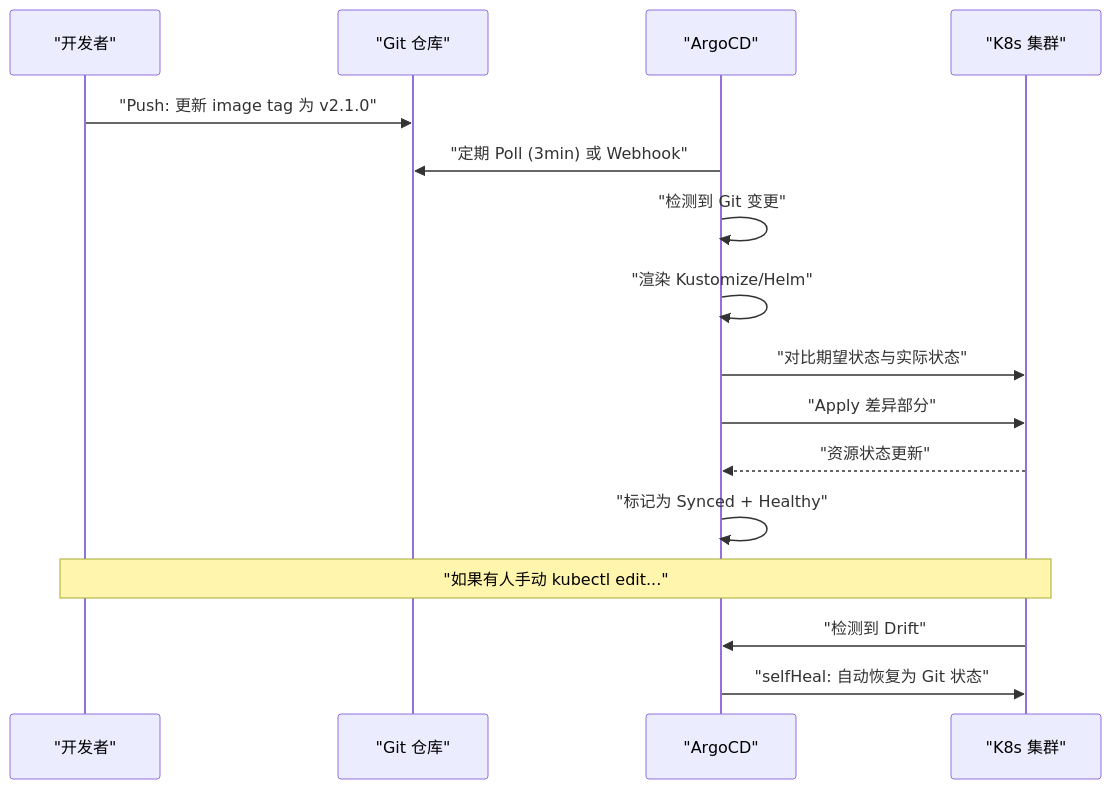
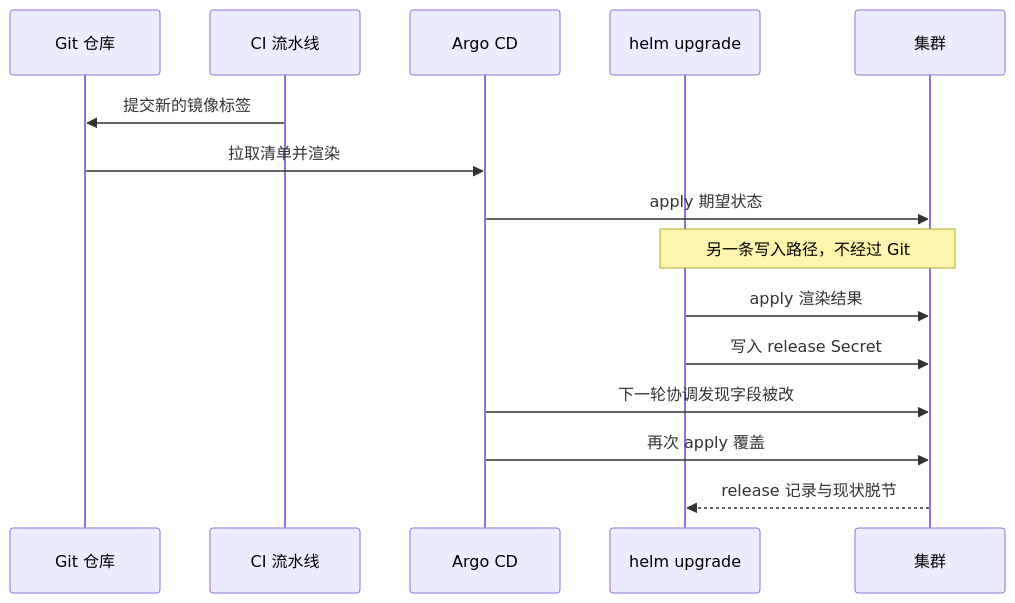
The second of 5 diagrams in content/云原生/Kubernetes/kubernetes生产实践与集群管理/05 应用交付——Helm Kustomize 与 GitOps.md (hpliStartAgain/my-brain), drawn with Mermaid before and after one commit. The commit also changed other lines of this file and 259 other files, not shown here.

````diff
--- a/content/云原生/Kubernetes/kubernetes生产实践与集群管理/05 应用交付——Helm Kustomize 与 GitOps.md
+++ b/content/云原生/Kubernetes/kubernetes生产实践与集群管理/05 应用交付——Helm Kustomize 与 GitOps.md
@@ -477,21 +146,18 @@
 ```mermaid
 %%{init: {'theme': 'dracula'}}%%
 sequenceDiagram
-    participant DEV as "开发者"
-    participant GIT as "Git 仓库"
-    participant ARGO as "ArgoCD"
-    participant K8S as "K8s 集群"
-
-    DEV->>GIT: "Push: 更新 image tag 为 v2.1.0"
-    ARGO->>GIT: "定期 Poll (3min) 或 Webhook"
-    ARGO->>ARGO: "检测到 Git 变更"
-    ARGO->>ARGO: "渲染 Kustomize/Helm"
-    ARGO->>K8S: "对比期望状态与实际状态"
-    ARGO->>K8S: "Apply 差异部分"
-    K8S-->>ARGO: "资源状态更新"
-    ARGO->>ARGO: "标记为 Synced + Healthy"
-
-    Note over DEV,K8S: "如果有人手动 kubectl edit..."
-    K8S->>ARGO: "检测到 Drift"
-    ARGO->>K8S: "selfHeal: 自动恢复为 Git 状态"
+    participant GIT as Git 仓库
+    participant CI as CI 流水线
+    participant ARGO as Argo CD
+    participant HELM as helm upgrade
+    participant K8S as 集群
+    CI->>GIT: 提交新的镜像标签
+    GIT->>ARGO: 拉取清单并渲染
+    ARGO->>K8S: apply 期望状态
+    Note over HELM,K8S: 另一条写入路径，不经过 Git
+    HELM->>K8S: apply 渲染结果
+    HELM->>K8S: 写入 release Secret
+    ARGO->>K8S: 下一轮协调发现字段被改
+    ARGO->>K8S: 再次 apply 覆盖
+    K8S-->>HELM: release 记录与现状脱节
 ```
````
